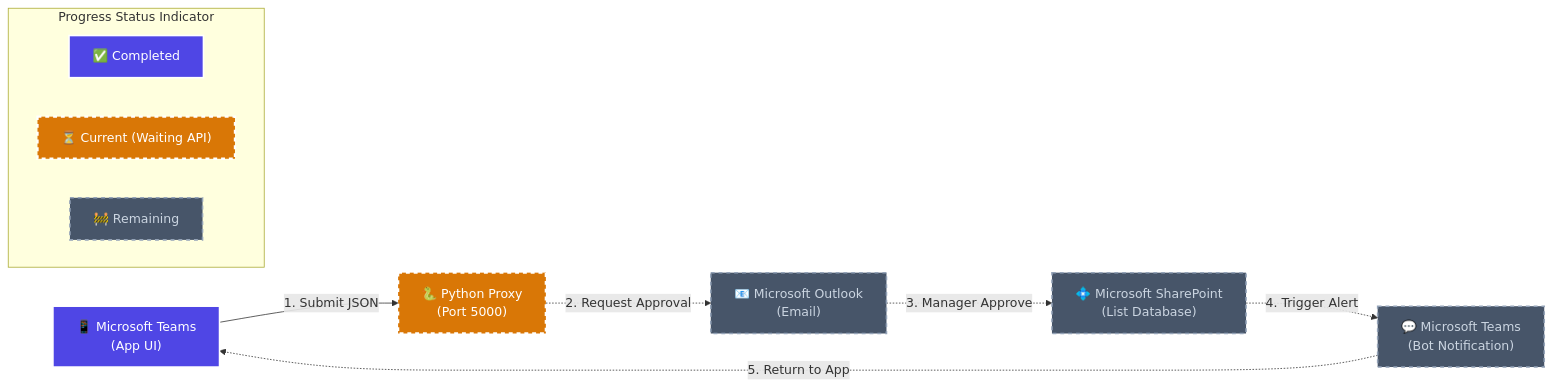
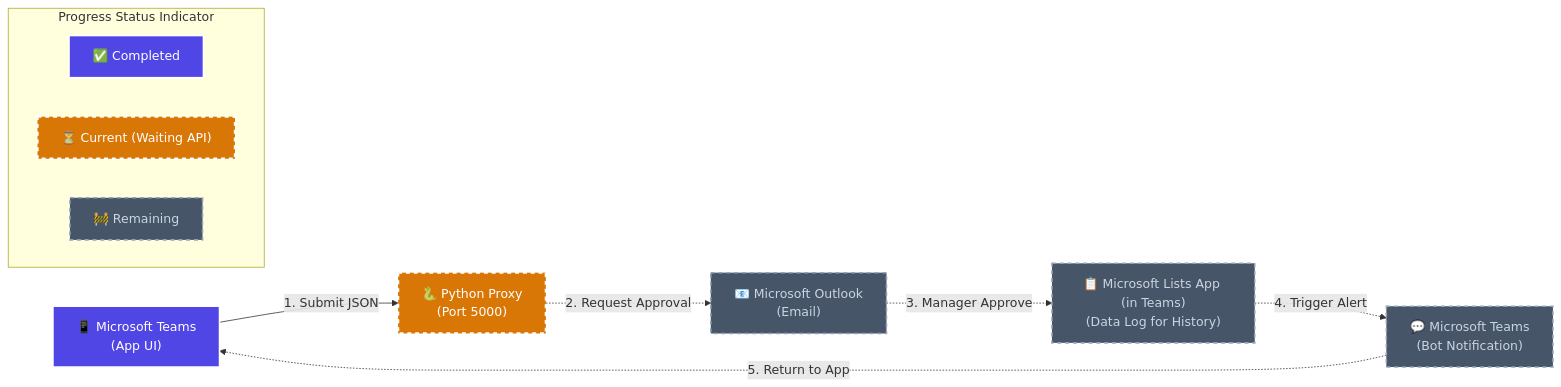
The diagram in _company/_shared/Reports/Tool_Rental_Architecture_Report.md (EffienctToolmanager/Tool-rental-deploy), drawn with Mermaid before and after one commit. The commit also changed other lines of this file, not shown here.

Commit message:
docs: Explicitly add Data Log for History at Lists app logic

````diff
--- a/_company/_shared/Reports/Tool_Rental_Architecture_Report.md
+++ b/_company/_shared/Reports/Tool_Rental_Architecture_Report.md
@@ -30,29 +30,29 @@
 ```mermaid
 graph LR
     %% Legend
     subgraph Legend ["Progress Status Indicator"]
         direction LR
         L1["✅ Completed"]:::completed
         L2["⏳ Current (Waiting API)"]:::current
         L3["🚧 Remaining"]:::remaining
     end
 
     %% Nodes (Program Icons)
     T1["📱 Microsoft Teams\n(App UI)"]:::completed
     P["🐍 Python Proxy\n(Port 5000)"]:::current
     O["📧 Microsoft Outlook\n(Email)"]:::remaining
-    S["💠 Microsoft SharePoint\n(List Database)"]:::remaining
+    S["📋 Microsoft Lists App (in Teams)\n(Data Log for History)"]:::remaining
     T2["💬 Microsoft Teams\n(Bot Notification)"]:::remaining
 
     %% Logical Flow (Trigger & Action)
     T1 -->|1. Submit JSON| P
     P -.->|2. Request Approval| O
     O -.->|3. Manager Approve| S
     S -.->|4. Trigger Alert| T2
     T2 -.->|5. Return to App| T1
 
     %% Styling Classes
     classDef completed fill:#4F46E5,stroke:#fff,stroke-width:2px,color:#fff
     classDef current fill:#D97706,stroke:#fff,stroke-width:3px,color:#fff,stroke-dasharray: 5 5
     classDef remaining fill:#475569,stroke:#94A3B8,stroke-width:2px,color:#CBD5E1,stroke-dasharray: 5 5
 ```
````
